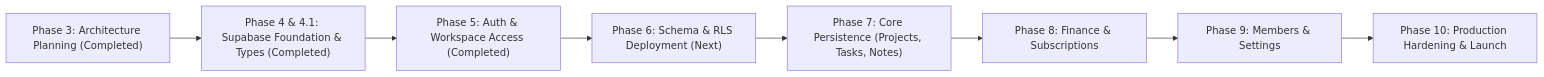
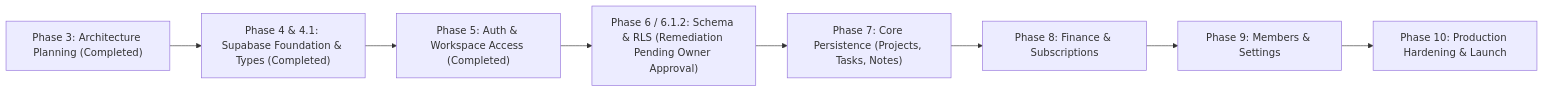
The diagram in apps/hub/docs/architecture/MIGRATION-ROADMAP.md (khairultajudin/khaispace), drawn with Mermaid before and after one commit. The commit also changed other lines of this file and 5 other files, not shown here.

````diff
--- a/apps/hub/docs/architecture/MIGRATION-ROADMAP.md
+++ b/apps/hub/docs/architecture/MIGRATION-ROADMAP.md
@@ -20,10 +20,10 @@
 ```mermaid
 flowchart LR
     P3["Phase 3: Architecture Planning (Completed)"] --> P4["Phase 4 & 4.1: Supabase Foundation & Types (Completed)"]
     P4 --> P5["Phase 5: Auth & Workspace Access (Completed)"]
-    P5 --> P6["Phase 6: Schema & RLS Deployment (Next)"]
+    P5 --> P6["Phase 6 / 6.1.2: Schema & RLS (Remediation Pending Owner Approval)"]
     P6 --> P7["Phase 7: Core Persistence (Projects, Tasks, Notes)"]
     P7 --> P8["Phase 8: Finance & Subscriptions"]
     P8 --> P9["Phase 9: Members & Settings"]
     P9 --> P10["Phase 10: Production Hardening & Launch"]
 ```
````
